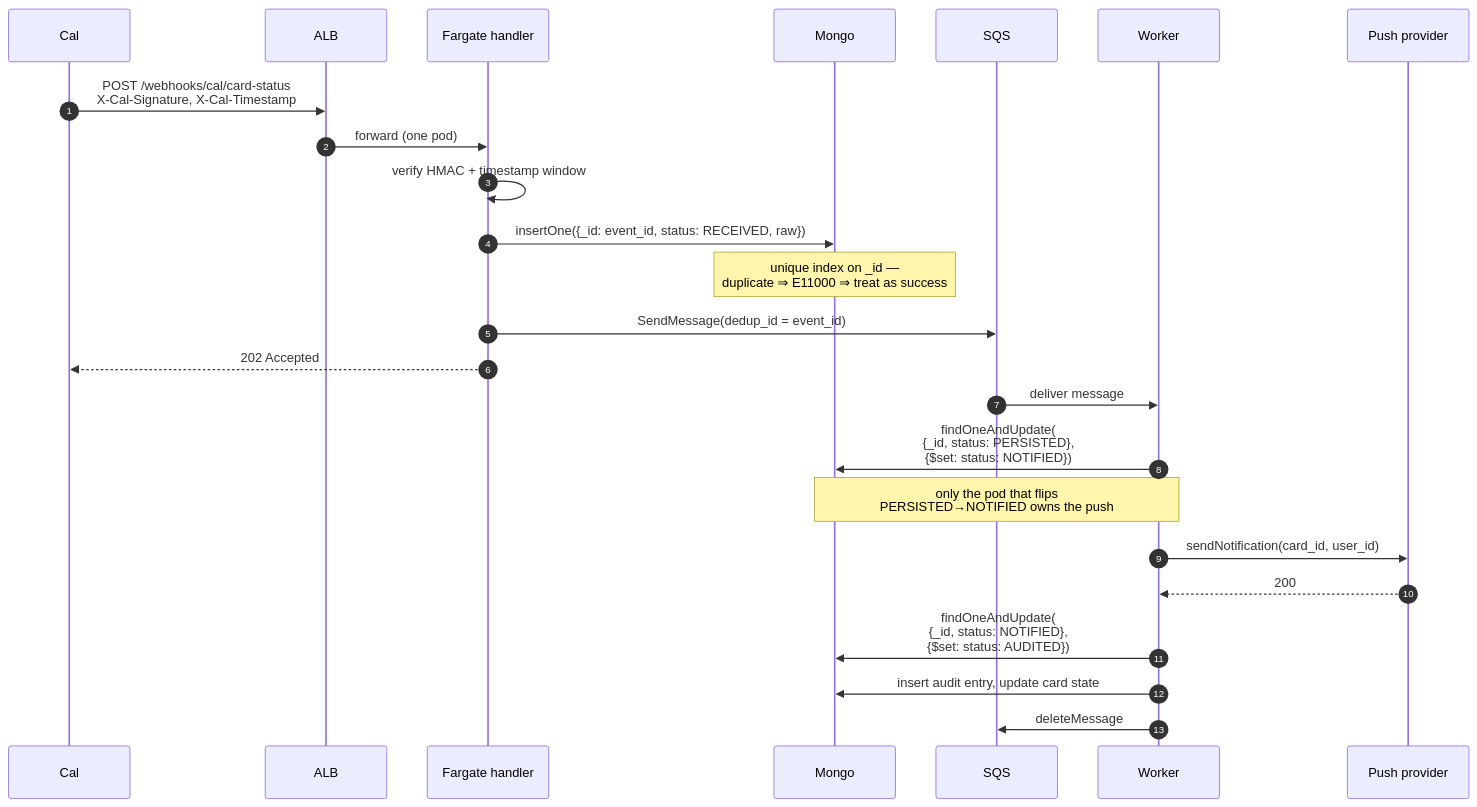
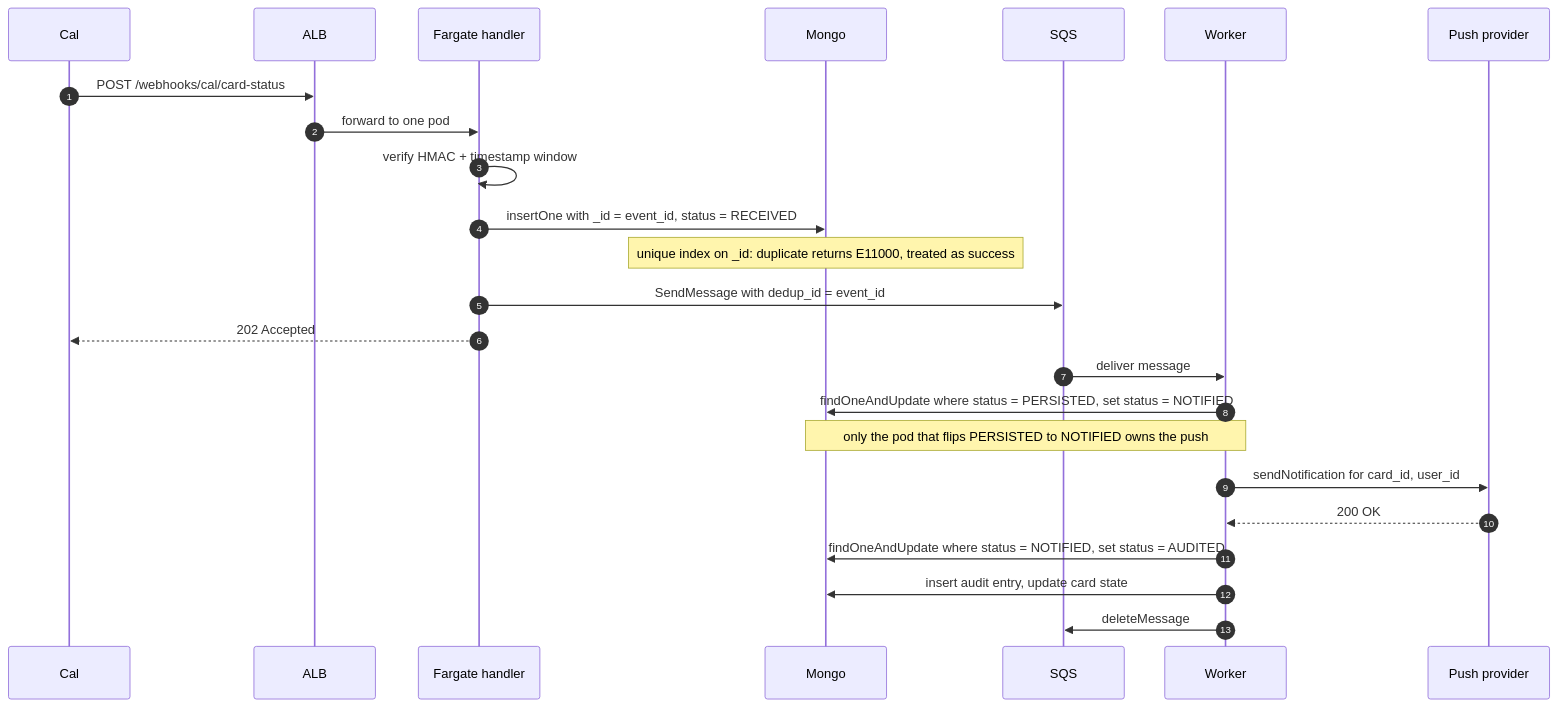
Before and after one commit to YoniRipp/TravelIO-arch: the second of 3 diagrams in architecture.md, drawn with Mermaid. The commit also changed other lines of this file, not shown here.

First line of the commit message:
Fix Mermaid syntax errors in architecture diagram

````diff
--- a/architecture.md
+++ b/architecture.md
@@ -52,28 +55,28 @@
 ```mermaid
 sequenceDiagram
     autonumber
     participant Cal
     participant ALB
     participant Handler as Fargate handler
     participant Mongo
     participant SQS
     participant Worker as Worker
     participant Push as Push provider
 
-    Cal->>ALB: POST /webhooks/cal/card-status<br/>X-Cal-Signature, X-Cal-Timestamp
-    ALB->>Handler: forward (one pod)
+    Cal->>ALB: POST /webhooks/cal/card-status
+    ALB->>Handler: forward to one pod
     Handler->>Handler: verify HMAC + timestamp window
-    Handler->>Mongo: insertOne({_id: event_id, status: RECEIVED, raw})
-    Note over Mongo: unique index on _id —<br/>duplicate ⇒ E11000 ⇒ treat as success
-    Handler->>SQS: SendMessage(dedup_id = event_id)
+    Handler->>Mongo: insertOne with _id = event_id, status = RECEIVED
+    Note over Mongo: unique index on _id: duplicate returns E11000, treated as success
+    Handler->>SQS: SendMessage with dedup_id = event_id
     Handler-->>Cal: 202 Accepted
 
     SQS->>Worker: deliver message
-    Worker->>Mongo: findOneAndUpdate(<br/>{_id, status: PERSISTED},<br/>{$set: status: NOTIFIED})
-    Note over Worker,Mongo: only the pod that flips<br/>PERSISTED→NOTIFIED owns the push
-    Worker->>Push: sendNotification(card_id, user_id)
-    Push-->>Worker: 200
-    Worker->>Mongo: findOneAndUpdate(<br/>{_id, status: NOTIFIED},<br/>{$set: status: AUDITED})
+    Worker->>Mongo: findOneAndUpdate where status = PERSISTED, set status = NOTIFIED
+    Note over Worker,Mongo: only the pod that flips PERSISTED to NOTIFIED owns the push
+    Worker->>Push: sendNotification for card_id, user_id
+    Push-->>Worker: 200 OK
+    Worker->>Mongo: findOneAndUpdate where status = NOTIFIED, set status = AUDITED
     Worker->>Mongo: insert audit entry, update card state
     Worker->>SQS: deleteMessage
 ```
````
